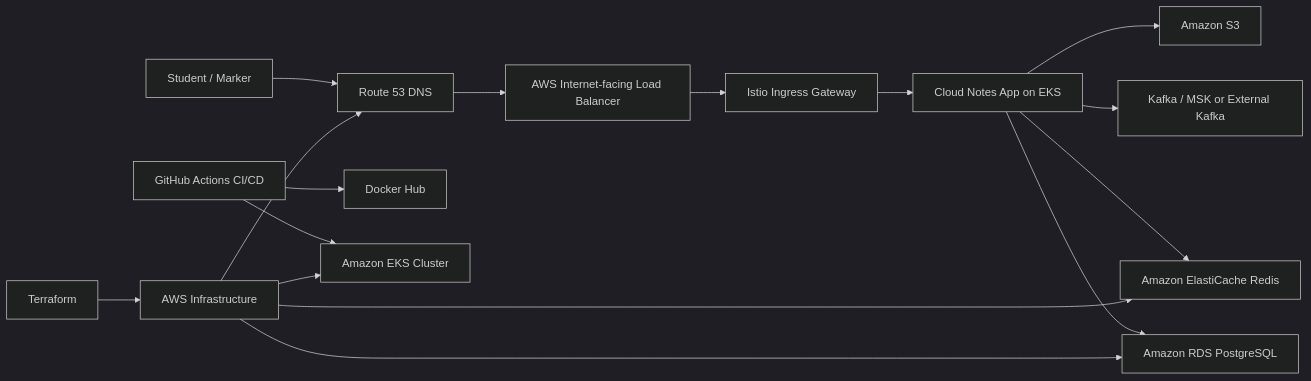
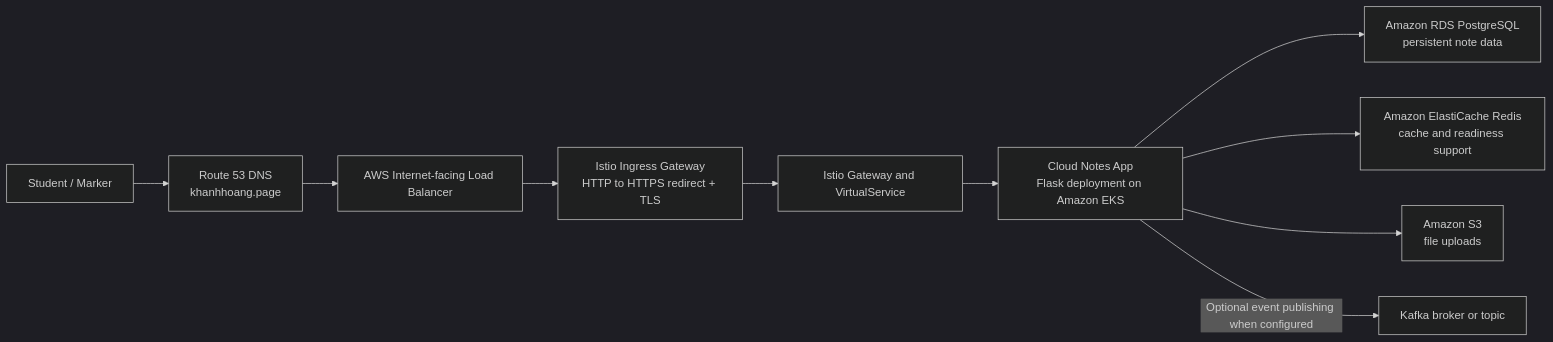
Before and after one commit to T1CoderNewbie/Cloud-Native: the first of 4 diagrams in docs/architecture.md, drawn with Mermaid (dark theme). The commit also changed other lines of this file, not shown here.

Commit message:
Refine architecture diagrams for production state

````diff
--- a/docs/architecture.md
+++ b/docs/architecture.md
@@ -3,18 +7,12 @@
 ```mermaid
 flowchart LR
-    User["Student / Marker"] --> DNS["Route 53 DNS"]
+    User["Student / Marker"] --> DNS["Route 53 DNS<br/>khanhhoang.page"]
     DNS --> LB["AWS Internet-facing Load Balancer"]
-    LB --> IGW["Istio Ingress Gateway"]
-    IGW --> APP["Cloud Notes App on EKS"]
-    APP --> RDS["Amazon RDS PostgreSQL"]
-    APP --> REDIS["Amazon ElastiCache Redis"]
-    APP --> KAFKA["Kafka / MSK or External Kafka"]
-    APP --> S3["Amazon S3"]
-    CI["GitHub Actions CI/CD"] --> REG["Docker Hub"]
-    CI --> EKS["Amazon EKS Cluster"]
-    TF["Terraform"] --> AWS["AWS Infrastructure"]
-    AWS --> EKS
-    AWS --> RDS
-    AWS --> REDIS
-    AWS --> DNS
+    LB --> IGW["Istio Ingress Gateway<br/>HTTP to HTTPS redirect + TLS"]
+    IGW --> ROUTING["Istio Gateway and VirtualService"]
+    ROUTING --> APP["Cloud Notes App<br/>Flask deployment on Amazon EKS"]
+    APP --> RDS["Amazon RDS PostgreSQL<br/>persistent note data"]
+    APP --> REDIS["Amazon ElastiCache Redis<br/>cache and readiness support"]
+    APP --> S3["Amazon S3<br/>file uploads"]
+    APP -->|Optional event publishing when configured| KAFKA["Kafka broker or topic"]
 ```
````
